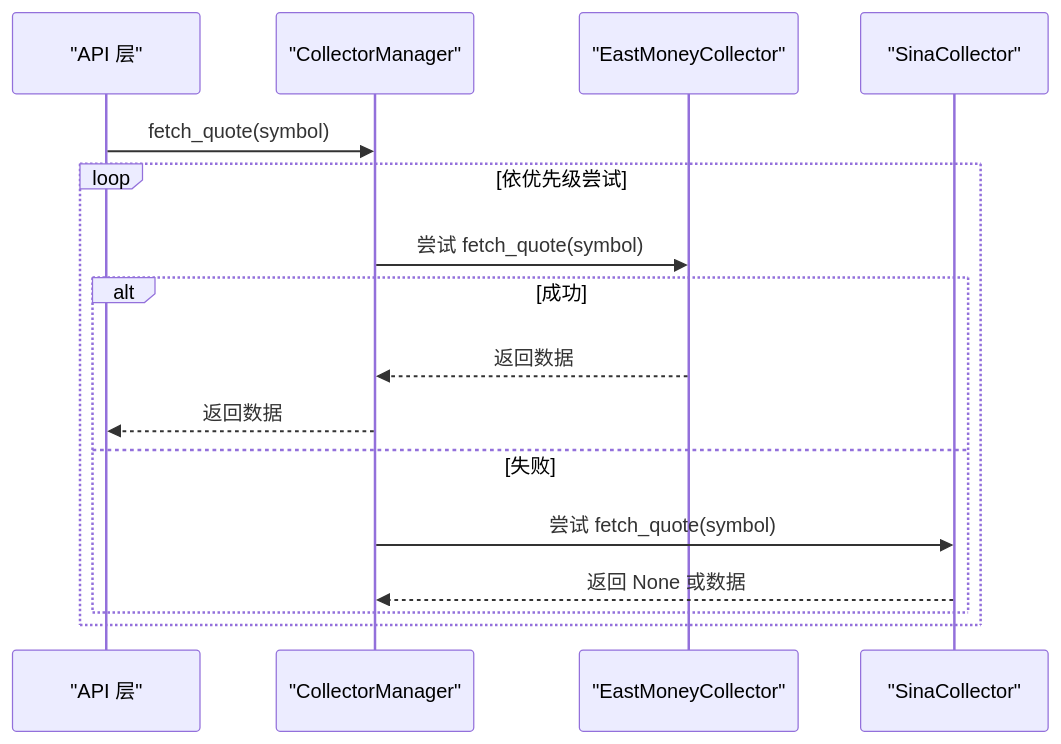
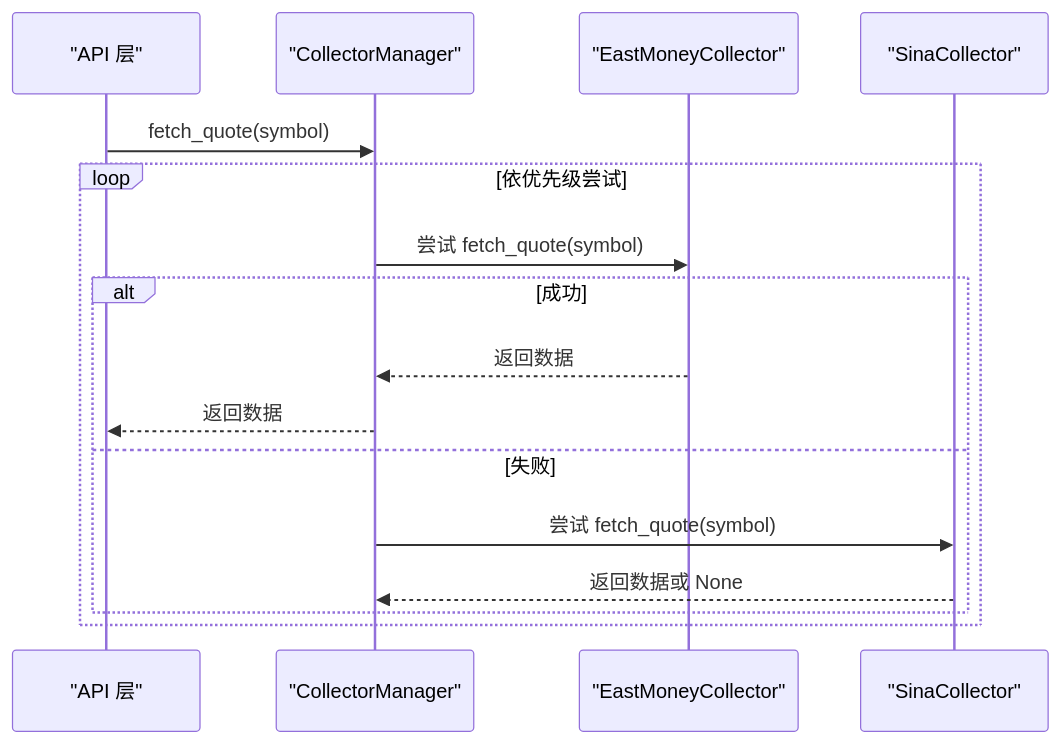
One commit to We3le7/stock-view changed the seventh of 8 diagrams in .qoder/repowiki/zh/content/后端开发/数据服务层/数据采集器架构.md. Above: the diagram before and after it, drawn with Mermaid. The commit also changed other lines of this file and 5 other files, not shown here.

````diff
--- a/.qoder/repowiki/zh/content/后端开发/数据服务层/数据采集器架构.md
+++ b/.qoder/repowiki/zh/content/后端开发/数据服务层/数据采集器架构.md
@@ -227,18 +294,18 @@
 ```mermaid
 sequenceDiagram
 participant API as "API 层"
 participant MGR as "CollectorManager"
 participant EM as "EastMoneyCollector"
 participant SI as "SinaCollector"
 API->>MGR : fetch_quote(symbol)
 loop 依优先级尝试
 MGR->>EM : 尝试 fetch_quote(symbol)
 alt 成功
 EM-->>MGR : 返回数据
 MGR-->>API : 返回数据
 else 失败
 MGR->>SI : 尝试 fetch_quote(symbol)
-SI-->>MGR : 返回 None 或数据
+SI-->>MGR : 返回数据或 None
 end
 end
 ```
````
